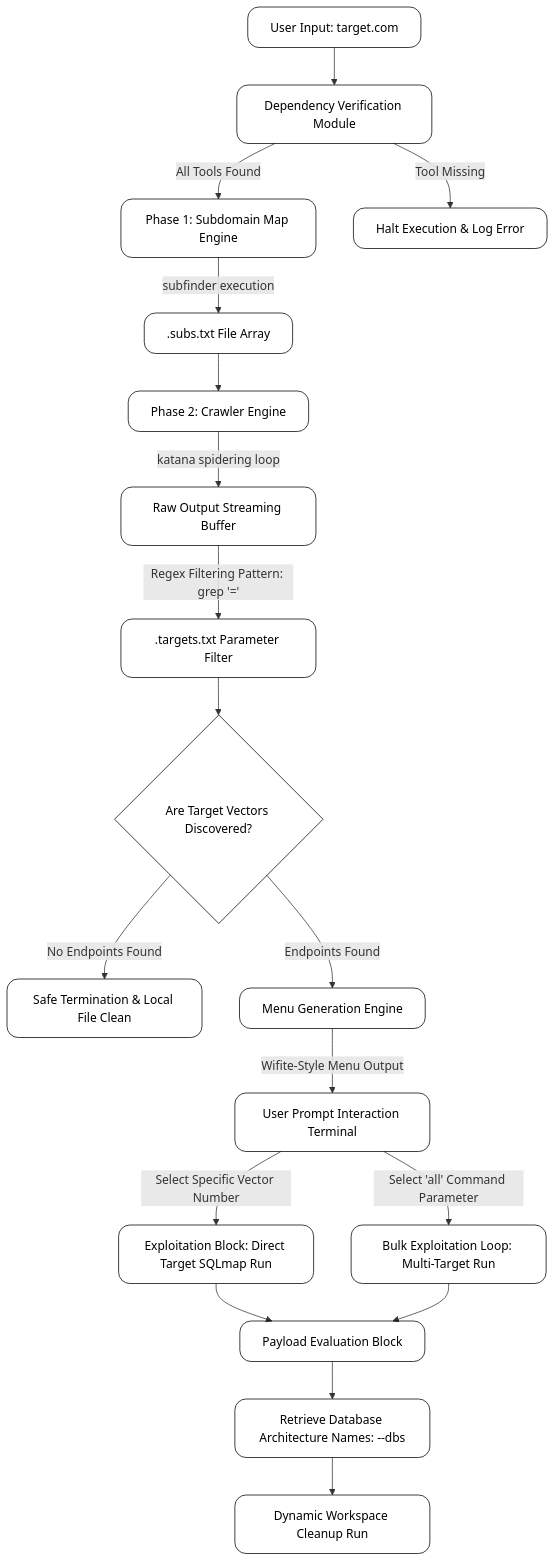
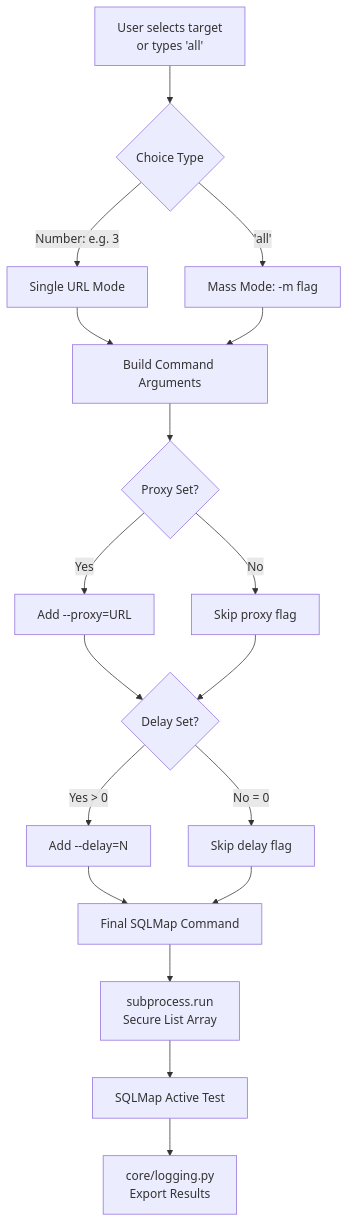
Before and after one commit to syed-sameer-ul-hassan/SQL-Easy: the sixth of 10 diagrams in README.md, drawn with Mermaid. The commit also changed other lines of this file and 31 other files, not shown here.

````diff
--- a/README.md
+++ b/README.md
@@ -26,33 +180,17 @@
 ```mermaid
-graph TD
-    classDef default fill:transparent,stroke:currentColor,color:currentColor,rx:15px,ry:15px;
-
-    A[User Input: target.com] --> B[Dependency Verification Module]
-    B -->|All Tools Found| C[Phase 1: Subdomain Map Engine]
-    B -->|Tool Missing| X[Halt Execution & Log Error]
-
-    C -->|subfinder execution| D[.subs.txt File Array]
-    D --> E[Phase 2: Crawler Engine]
-
-    E -->|katana spidering loop| F[Raw Output Streaming Buffer]
-    F -->|Regex Filtering Pattern: grep '='| G[.targets.txt Parameter Filter]
-
-    G --> H{Are Target Vectors Discovered?}
-
-    H -->|No Endpoints Found| Y[Safe Termination & Local File Clean]
-    H -->|Endpoints Found| I[Menu Generation Engine]
-
-    I -->|Wifite-Style Menu Output| J[User Prompt Interaction Terminal]
-
-    J -->|Select Specific Vector Number| K[Exploitation Block: Direct Target SQLmap Run]
-    J -->|Select 'all' Command Parameter| L[Bulk Exploitation Loop: Multi-Target Run]
-
-    K --> M[Payload Evaluation Block]
-    L --> M[Payload Evaluation Block]
-
-    M --> N[Retrieve Database Architecture Names: --dbs]
-    N --> O[Dynamic Workspace Cleanup Run]
-
-
-
+flowchart TD
+    A[User selects target\nor types 'all'] --> B{Choice Type}
+    B -->|Number: e.g. 3| C[Single URL Mode]
+    B -->|'all'| D[Mass Mode: -m flag]
+    C & D --> E[Build Command Arguments]
+    E --> F{Proxy Set?}
+    F -->|Yes| G[Add --proxy=URL]
+    F -->|No| H[Skip proxy flag]
+    G & H --> I{Delay Set?}
+    I -->|Yes > 0| J[Add --delay=N]
+    I -->|No = 0| K[Skip delay flag]
+    J & K --> L[Final SQLMap Command]
+    L --> M[subprocess.run\nSecure List Array]
+    M --> N[SQLMap Active Test]
+    N --> O[core/logging.py\nExport Results]
 ```
````
